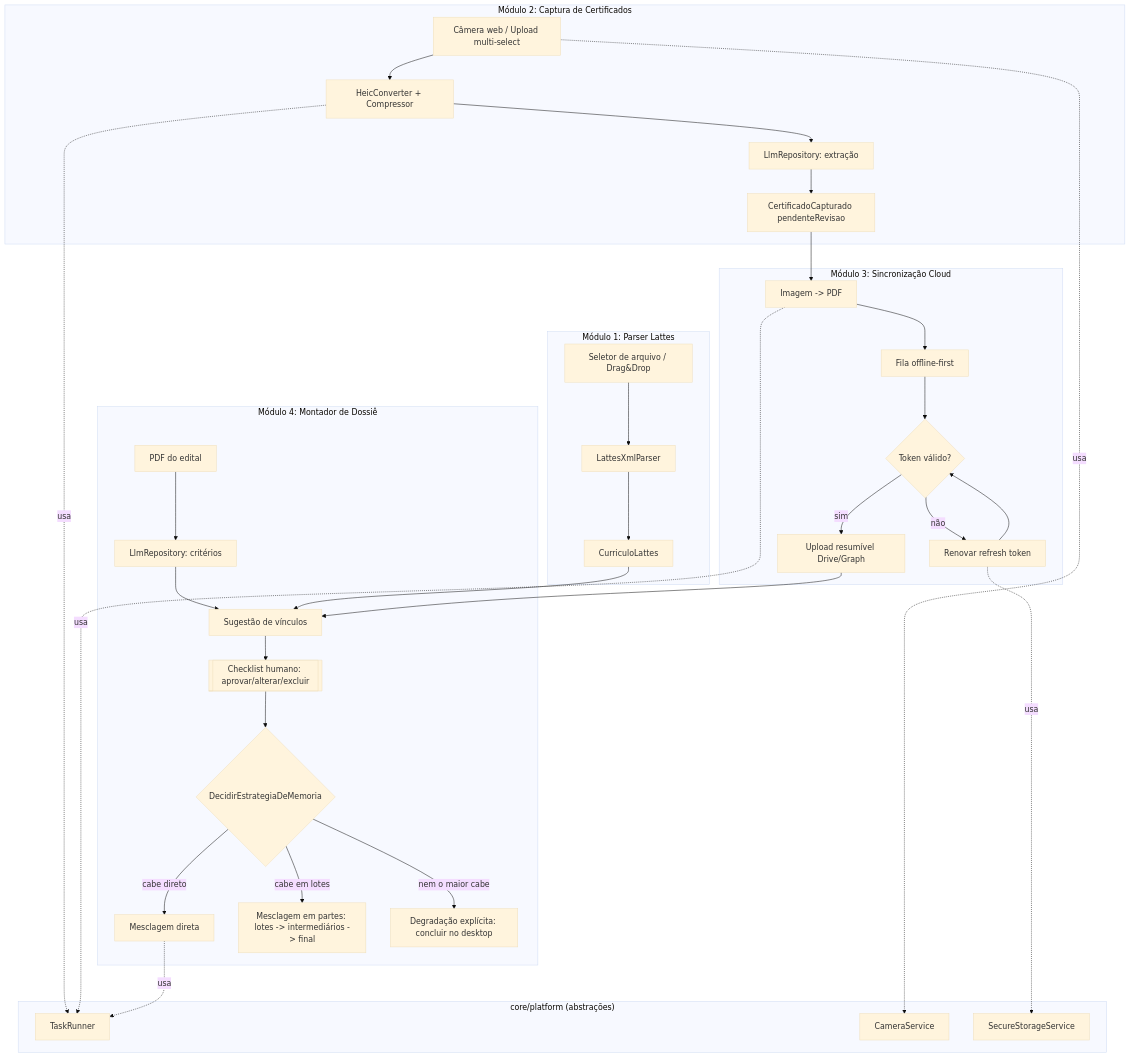
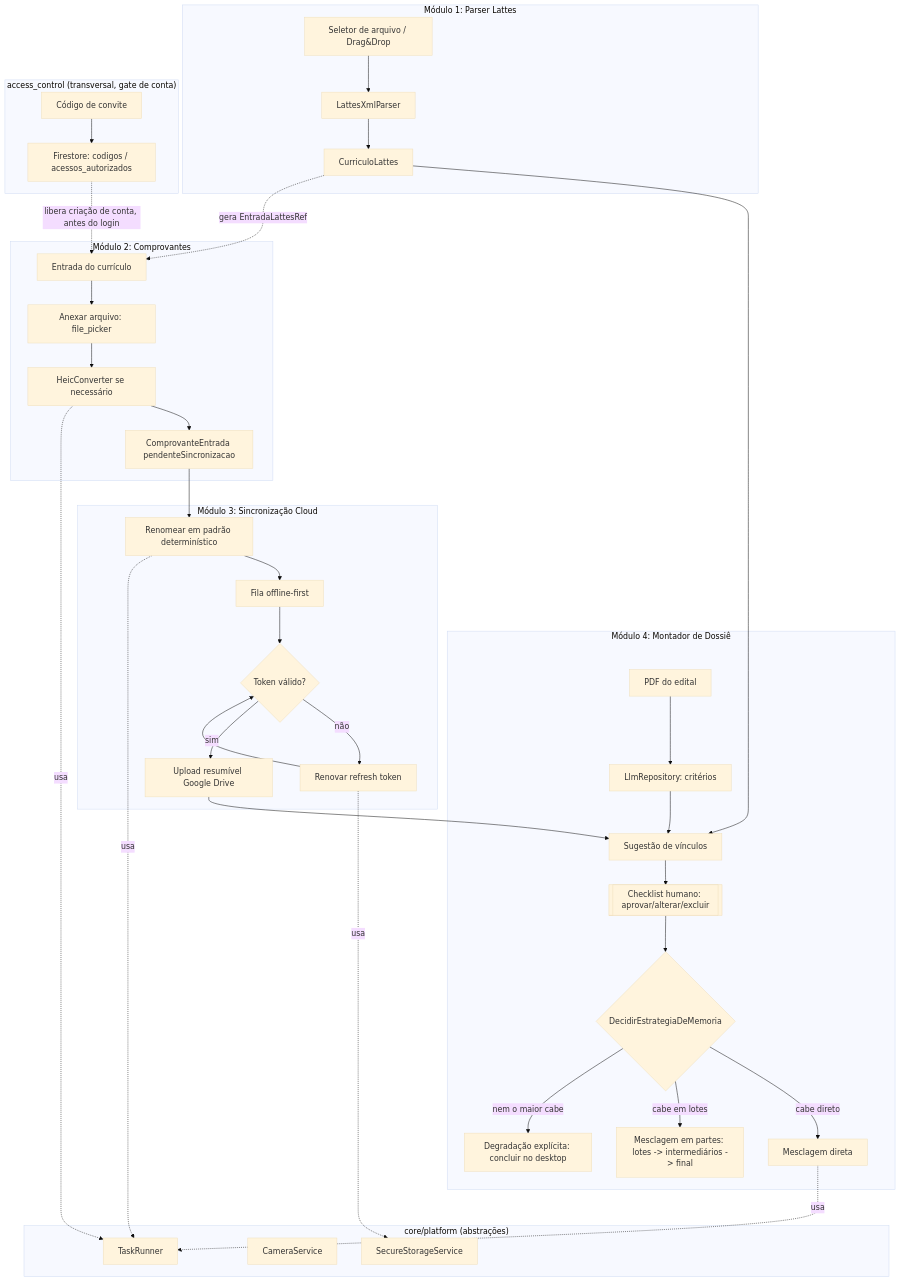
The diagram in ARQUITETURA.md (Izialber/App-lattes), drawn with Mermaid (base theme) before and after one commit. The commit also changed other lines of this file, not shown here.

````diff
--- a/ARQUITETURA.md
+++ b/ARQUITETURA.md
@@ -126,47 +153,52 @@
 ```mermaid
 flowchart TD
     subgraph M1["Módulo 1: Parser Lattes"]
         A1[Seletor de arquivo / Drag&Drop] --> A2[LattesXmlParser]
         A2 --> A3[CurriculoLattes]
     end
 
-    subgraph M2["Módulo 2: Captura de Certificados"]
-        B1[Câmera web / Upload multi-select] --> B2[HeicConverter + Compressor]
-        B2 --> B3[LlmRepository: extração]
-        B3 --> B4[CertificadoCapturado pendenteRevisao]
+    subgraph M2["Módulo 2: Comprovantes"]
+        B1[Entrada do currículo] --> B2[Anexar arquivo: file_picker]
+        B2 --> B2b[HeicConverter se necessário]
+        B2b --> B4[ComprovanteEntrada pendenteSincronizacao]
     end
 
     subgraph M3["Módulo 3: Sincronização Cloud"]
-        C1[Imagem -> PDF] --> C2[Fila offline-first]
+        C1[Renomear em padrão determinístico] --> C2[Fila offline-first]
         C2 --> C3{Token válido?}
         C3 -- não --> C4[Renovar refresh token]
         C4 --> C3
-        C3 -- sim --> C5[Upload resumível Drive/Graph]
+        C3 -- sim --> C5[Upload resumível Google Drive]
     end
 
     subgraph M4["Módulo 4: Montador de Dossiê"]
         D1[PDF do edital] --> D2[LlmRepository: critérios]
         D2 --> D3[Sugestão de vínculos]
         D3 --> D4[[Checklist humano: aprovar/alterar/excluir]]
         D4 --> D5{DecidirEstrategiaDeMemoria}
         D5 -- cabe direto --> D6[Mesclagem direta]
         D5 -- cabe em lotes --> D6b[Mesclagem em partes: lotes -> intermediários -> final]
         D5 -- nem o maior cabe --> D7[Degradação explícita: concluir no desktop]
     end
 
+    subgraph AC["access_control (transversal, gate de conta)"]
+        AC1[Código de convite] --> AC2[Firestore: codigos / acessos_autorizados]
+    end
+
     A3 --> D3
+    A3 -. gera EntradaLattesRef .-> B1
     B4 --> C1
     C5 --> D3
+    AC2 -. libera criação de conta, antes do login .-> B1
 
     subgraph CORE["core/platform (abstrações)"]
         T[TaskRunner]
         CAM[CameraService]
         SEC[SecureStorageService]
     end
 
-    B2 -. usa .-> T
+    B2b -. usa .-> T
     C1 -. usa .-> T
     D6 -. usa .-> T
-    B1 -. usa .-> CAM
     C4 -. usa .-> SEC
 ```
````
